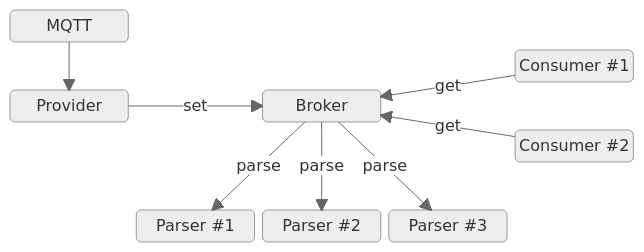
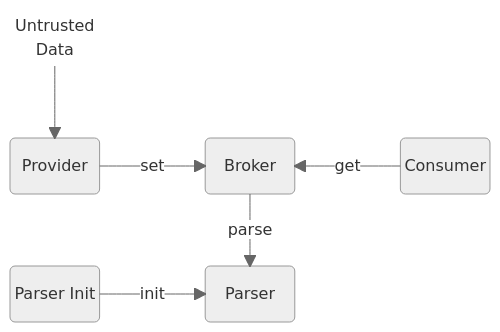
One commit to CHERIoT-Platform/cheriot-demos changed the first of 4 diagrams in configuration_broker/README.md. Above: the diagram before and after it, drawn with Mermaid (neutral theme). The commit also changed other lines of this file and 93 other files, not shown here.

````diff
--- a/configuration_broker/README.md
+++ b/configuration_broker/README.md
@@ -42,18 +77,19 @@
 ```mermaid
 block-beta
+    untrustedData("Untrusted\nData") space:4
     columns 5
-    mqtt("MQTT") space:4
-    space:4 consumer#1("Consumer #1")
-    provider("Provider") space broker("Broker") space:2
-    space:4 consumer#2("Consumer #2")
     space:5
-    space:1 parser#1("Parser #1") parser#2("Parser #2") parser#3("Parser #3") 
+    provider("Provider") space broker("Broker") space consumer("Consumer")
+    space:5
+    p_init("Parser Init") space:1 parser("Parser") space:2
+    space:5
     
-    mqtt --> provider
+    style untrustedData fill:#fff,stroke:#fff
+    
+    untrustedData --> provider
     provider-- "set" -->broker
-    consumer#1-- "get" -->broker
-    consumer#2-- "get" -->broker
-    broker-- "parse" -->parser#1
-    broker-- "parse" -->parser#2
-    broker-- "parse" -->parser#3
+    consumer-- "get" -->broker
+    broker-- "parse" -->parser
+    
+    p_init --"init"--> parser
 ```
````
